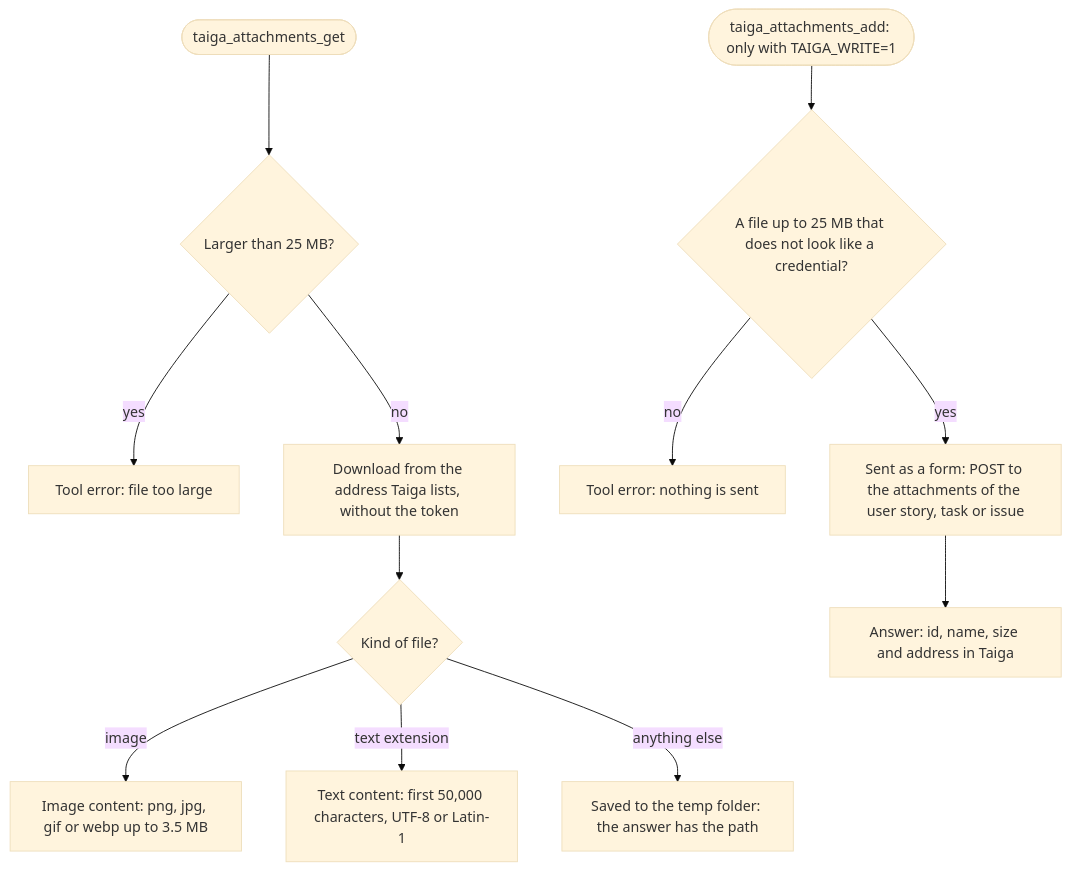
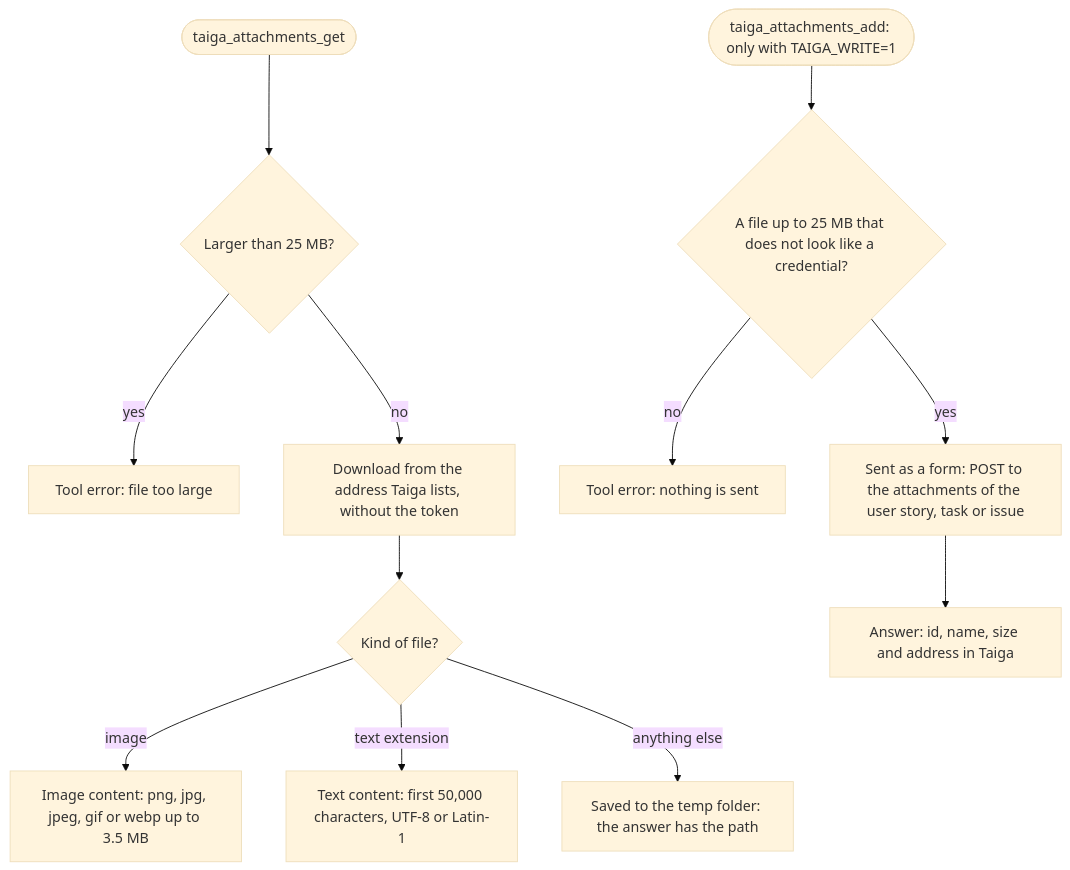
The third of 3 diagrams in docs/usage.md (CamposCodes/taiga-r2da-mcp), drawn with Mermaid (base theme) before and after one commit. The commit also changed other lines of this file and 7 other files, not shown here.

````diff
--- a/docs/usage.md
+++ b/docs/usage.md
@@ -141,27 +141,27 @@
 ```mermaid
 flowchart TD
     get(["taiga_attachments_get"])
     big{"Larger than 25 MB?"}
     refuse["Tool error: file too large"]
     download["Download from the address Taiga lists, without the token"]
     kind{"Kind of file?"}
-    image["Image content: png, jpg, gif or webp up to 3.5 MB"]
+    image["Image content: png, jpg, jpeg, gif or webp up to 3.5 MB"]
     text["Text content: first 50,000 characters, UTF-8 or Latin-1"]
     file["Saved to the temp folder: the answer has the path"]
     add(["taiga_attachments_add: only with TAIGA_WRITE=1"])
     check{"A file up to 25 MB that does not look like a credential?"}
     reject["Tool error: nothing is sent"]
     upload["Sent as a form: POST to the attachments of the user story, task or issue"]
     done["Answer: id, name, size and address in Taiga"]
     get --> big
     big -->|"yes"| refuse
     big -->|"no"| download
     download --> kind
     kind -->|"image"| image
     kind -->|"text extension"| text
     kind -->|"anything else"| file
     add --> check
     check -->|"no"| reject
     check -->|"yes"| upload
     upload --> done
 ```
````
